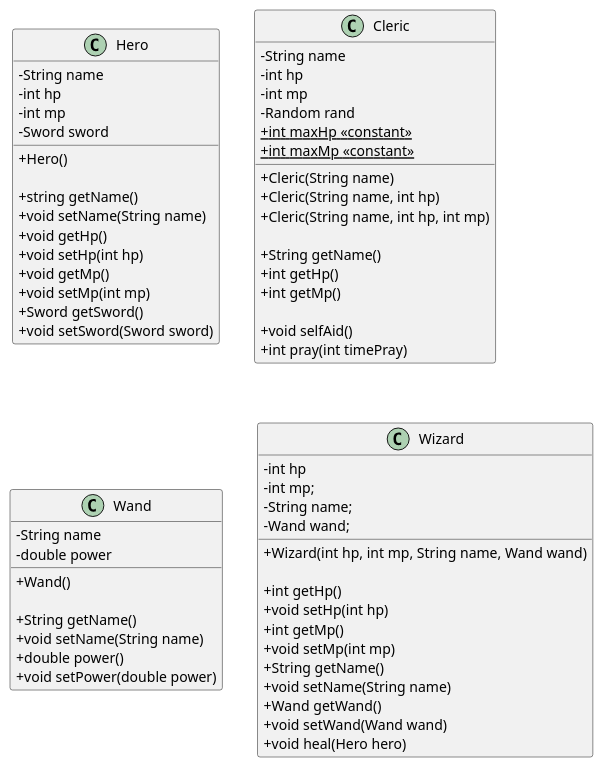
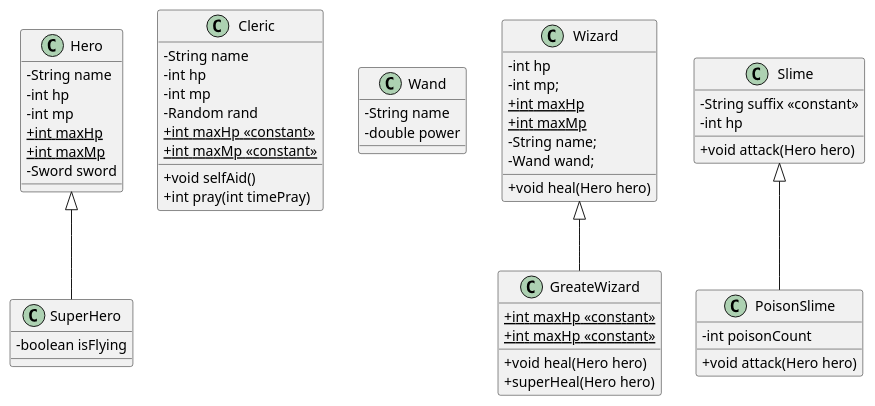
One commit to SurvivalCodingCampus/polytech_java_study changed the diagram in src/main/java/com/survivalcoding/game.puml. Above: the diagram before and after it, drawn with PlantUML.

Commit message:
docs: Hero, Wand, Wizard, GtreateWizard, Slime, PoisonSlime UML 추가

```diff
--- a/src/main/java/com/survivalcoding/game.puml
+++ b/src/main/java/com/survivalcoding/game.puml
@@ -1,76 +1,69 @@
 @startuml
 'https://plantuml.com/class-diagram
 
 scale 1
 skinparam classAttributeIconSize 0
 
 class Hero {
     - String name
     - int hp
     - int mp
+    {static} + int maxHp
+    {static} + int maxMp
     - Sword sword
+}
 
-    + Hero()
-
-    + string getName()
-    + void setName(String name)
-    + void getHp()
-    + void setHp(int hp)
-    + void getMp()
-    + void setMp(int mp)
-    + Sword getSword()
-    + void setSword(Sword sword)
+class SuperHero extends Hero {
+    - boolean isFlying
 }
 
 class Cleric {
     - String name
     - int hp
     - int mp
     - Random rand
     {static} + int maxHp <<constant>>
     {static} + int maxMp <<constant>>
 
-    + Cleric(String name)
-    + Cleric(String name, int hp)
-    + Cleric(String name, int hp, int mp)
-
-    + String getName()
-    + int getHp()
-    + int getMp()
-
     + void selfAid()
     + int pray(int timePray)
 }
 
 class Wand {
     - String name
     - double power
-
-    + Wand()
-
-    + String getName()
-    + void setName(String name)
-    + double power()
-    + void setPower(double power)
 }
 
 class Wizard {
     - int hp
     - int mp;
+    {static} + int maxHp
+    {static} + int maxMp
     - String name;
     - Wand wand;
 
-    + Wizard(int hp, int mp, String name, Wand wand)
-
-    + int getHp()
-    + void setHp(int hp)
-    + int getMp()
-    + void setMp(int mp)
-    + String getName()
-    + void setName(String name)
-    + Wand getWand()
-    + void setWand(Wand wand)
     + void heal(Hero hero)
 }
 
+class GreateWizard extends Wizard {
+    {static} + int maxHp <<constant>>
+    {static} + int maxHp <<constant>>
+
+    + void heal(Hero hero)
+    + superHeal(Hero hero)
+}
+
+class Slime {
+    - String suffix <<constant>>
+    - int hp
+
+    + void attack(Hero hero)
+}
+
+class PoisonSlime extends Slime {
+    - int poisonCount
+
+    + void attack(Hero hero)
+}
+
 @enduml
```
